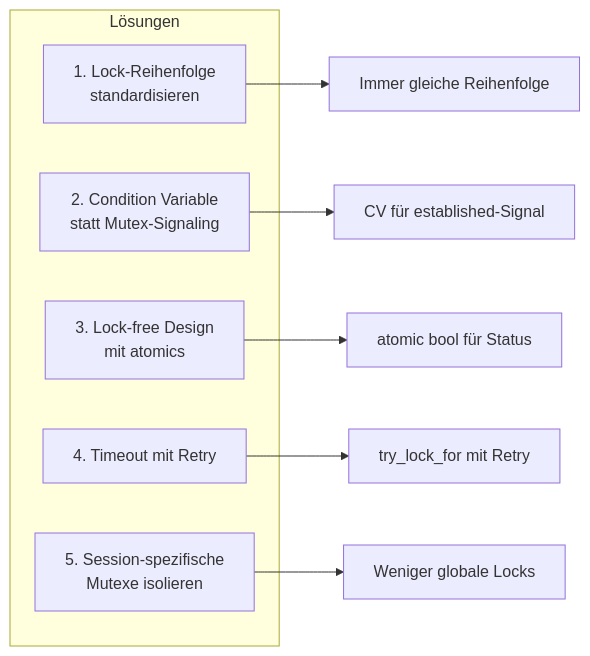
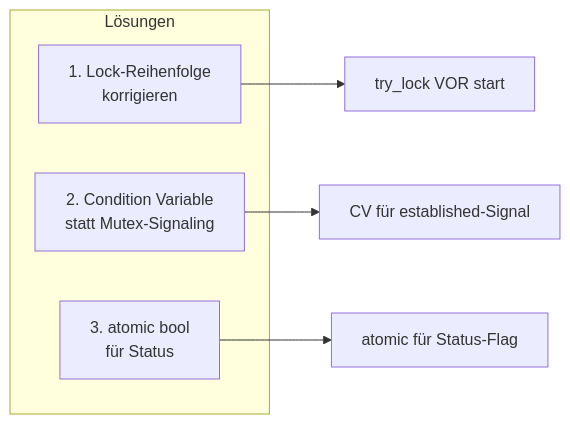
Before and after one commit to nilshenrich/TCP_ServerClient: diagram 17 of 17 in src/ftp/issue-14/ANALYSE.md, drawn with Mermaid. The commit also changed other lines of this file and 1 other file, not shown here.

Commit message:
Analysis update: Mind shared lock

````diff
--- a/src/ftp/issue-14/ANALYSE.md
+++ b/src/ftp/issue-14/ANALYSE.md
@@ -418,16 +565,12 @@
 ```mermaid
 flowchart LR
     subgraph Lösungen
-        L1[1. Lock-Reihenfolge<br/>standardisieren]
+        L1[1. Lock-Reihenfolge<br/>korrigieren]
         L2[2. Condition Variable<br/>statt Mutex-Signaling]
-        L3[3. Lock-free Design<br/>mit atomics]
-        L4[4. Timeout mit Retry]
-        L5[5. Session-spezifische<br/>Mutexe isolieren]
+        L3[3. atomic bool<br/>für Status]
     end
 
-    L1 --> D1[Immer gleiche Reihenfolge]
+    L1 --> D1[try_lock VOR start]
     L2 --> D2[CV für established-Signal]
-    L3 --> D3[atomic bool für Status]
-    L4 --> D4[try_lock_for mit Retry]
-    L5 --> D5[Weniger globale Locks]
+    L3 --> D3[atomic für Status-Flag]
 ```
````
